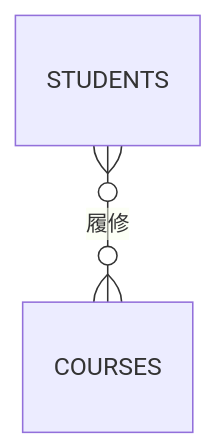
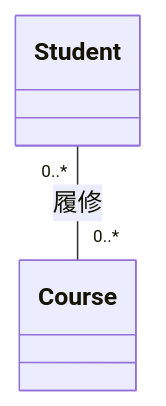
One commit to YTS0418/PRMN_SYSTEM_Lecture changed the first of 3 diagrams in データベース/03_概念設計とER図.md. Above: the diagram before and after it, drawn with Mermaid. The commit also changed other lines of this file and 3 other files, not shown here.

First line of the commit message:
ER図をUMLクラス図の表記に変更し、ドメインモデルとの違いを追記

````diff
--- a/データベース/03_概念設計とER図.md
+++ b/データベース/03_概念設計とER図.md
@@ -90,4 +106,4 @@
 ```mermaid
-erDiagram
-    STUDENTS }o--o{ COURSES : "履修"
+classDiagram
+    Student "0..*" -- "0..*" Course : 履修
 ```
````
